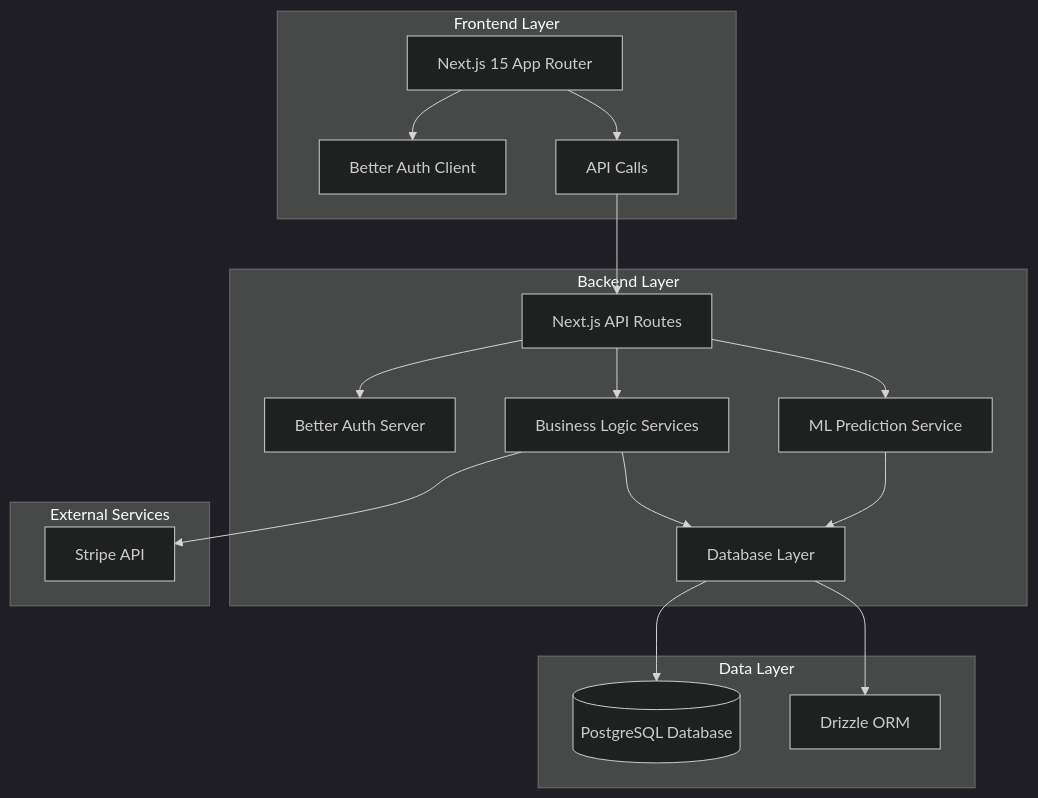
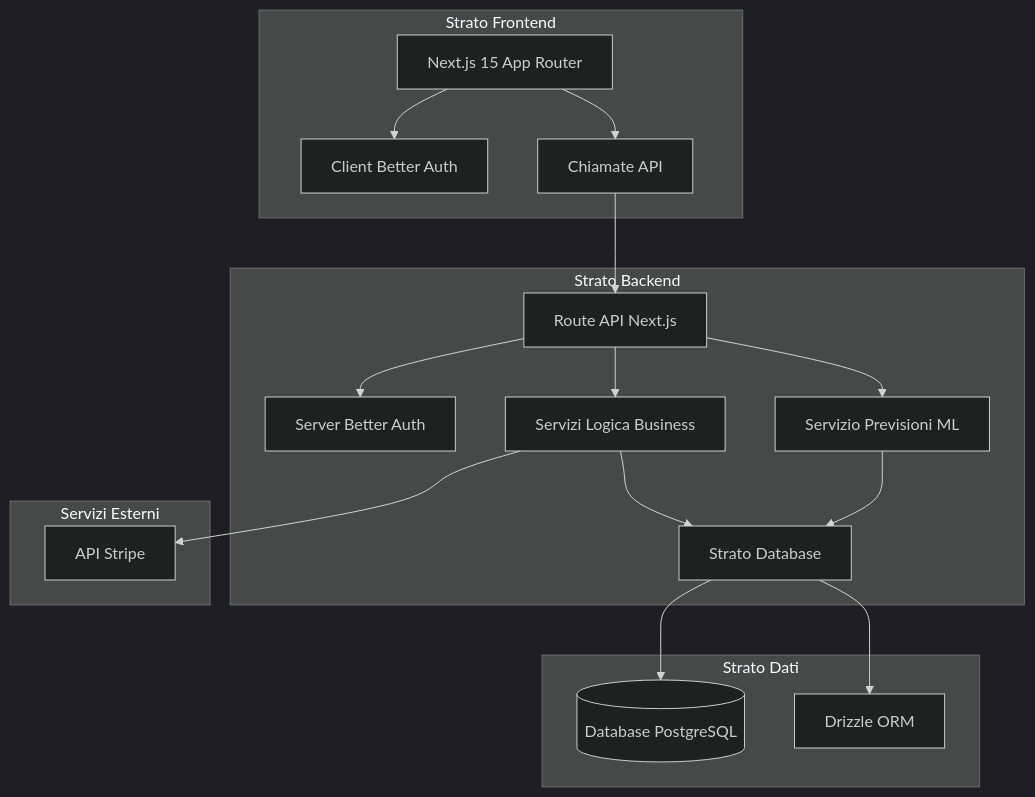
The first of 11 diagrams in ValutAI Tech Summary.md (rosariomoscato/ValutAI), drawn with Mermaid (dark theme) before and after one commit. The commit also changed other lines of this file and 3 other files, not shown here.

````diff
--- a/ValutAI Tech Summary.md
+++ b/ValutAI Tech Summary.md
@@ -34,29 +34,29 @@
 ```mermaid
 graph TB
-    subgraph "Frontend Layer"
+    subgraph "Strato Frontend"
         UI[Next.js 15 App Router]
-        UI --> Auth[Better Auth Client]
-        UI --> API[API Calls]
+        UI --> Auth[Client Better Auth]
+        UI --> API[Chiamate API]
     end
     
-    subgraph "Backend Layer"
-        API --> Router[Next.js API Routes]
-        Router --> AuthServer[Better Auth Server]
-        Router --> Services[Business Logic Services]
-        Router --> ML[ML Prediction Service]
+    subgraph "Strato Backend"
+        API --> Router[Route API Next.js]
+        Router --> AuthServer[Server Better Auth]
+        Router --> Services[Servizi Logica Business]
+        Router --> ML[Servizio Previsioni ML]
         
-        Services --> DB[Database Layer]
+        Services --> DB[Strato Database]
         ML --> DB
     end
     
-    subgraph "Data Layer"
-        DB --> PostgreSQL[(PostgreSQL Database)]
+    subgraph "Strato Dati"
+        DB --> PostgreSQL[(Database PostgreSQL)]
         DB --> Drizzle[Drizzle ORM]
     end
     
-    subgraph "External Services"
-        Stripe[Stripe API]
+    subgraph "Servizi Esterni"
+        Stripe[API Stripe]
     end
     
     Services --> Stripe
 ```
````
